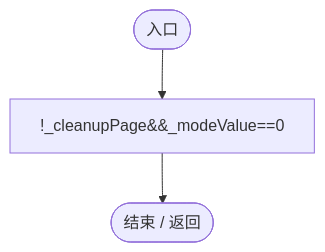
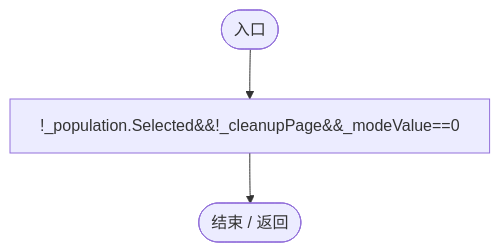
Before and after one commit to xhs6666/Darwin_paradise: the third of 26 diagrams in Docs/运行流程图/脚本/92d59cd12a5696c3.md, drawn with Mermaid. The commit also changed other lines of this file and 114 other files, not shown here.

````diff
--- a/Docs/运行流程图/脚本/92d59cd12a5696c3.md
+++ b/Docs/运行流程图/脚本/92d59cd12a5696c3.md
@@ -59,9 +59,9 @@
 ```mermaid
 flowchart TD
   n2(["入口"])
-  n1["!_cleanupPage&amp;&amp;_modeValue==0"]
+  n1["!_population.Selected&amp;&amp;!_cleanupPage&amp;&amp;_modeValue==0"]
   n0(["结束 / 返回"])
   n1 --> n0
   n2 --> n1
 
 ```
````
